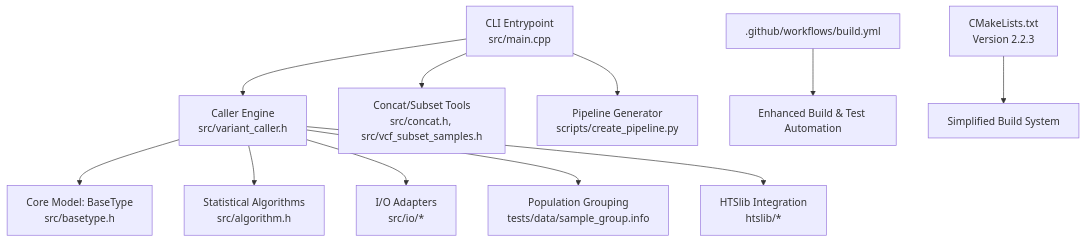
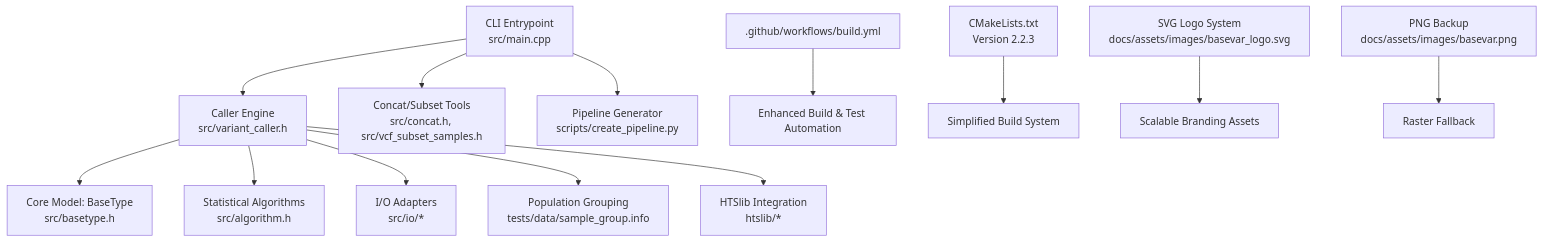
The first of 7 diagrams in .qoder/repowiki/en/content/Project Overview/Project Overview.md (ShujiaHuang/BaseVar2), drawn with Mermaid before and after one commit. The commit also changed other lines of this file and 2 other files, not shown here.

````diff
--- a/.qoder/repowiki/en/content/Project Overview/Project Overview.md
+++ b/.qoder/repowiki/en/content/Project Overview/Project Overview.md
@@ -63,13 +70,15 @@
 ```mermaid
 graph TB
 A["CLI Entrypoint<br/>src/main.cpp"] --> B["Caller Engine<br/>src/variant_caller.h"]
 B --> C["Core Model: BaseType<br/>src/basetype.h"]
 B --> D["Statistical Algorithms<br/>src/algorithm.h"]
 B --> E["I/O Adapters<br/>src/io/*"]
 B --> F["Population Grouping<br/>tests/data/sample_group.info"]
 A --> G["Concat/Subset Tools<br/>src/concat.h, src/vcf_subset_samples.h"]
 A --> H["Pipeline Generator<br/>scripts/create_pipeline.py"]
 B --> I["HTSlib Integration<br/>htslib/*"]
 J[".github/workflows/build.yml"] --> K["Enhanced Build & Test Automation"]
 L["CMakeLists.txt<br/>Version 2.2.3"] --> M["Simplified Build System"]
+N["SVG Logo System<br/>docs/assets/images/basevar_logo.svg"] --> O["Scalable Branding Assets"]
+P["PNG Backup<br/>docs/assets/images/basevar.png"] --> Q["Raster Fallback"]
 ```
````
